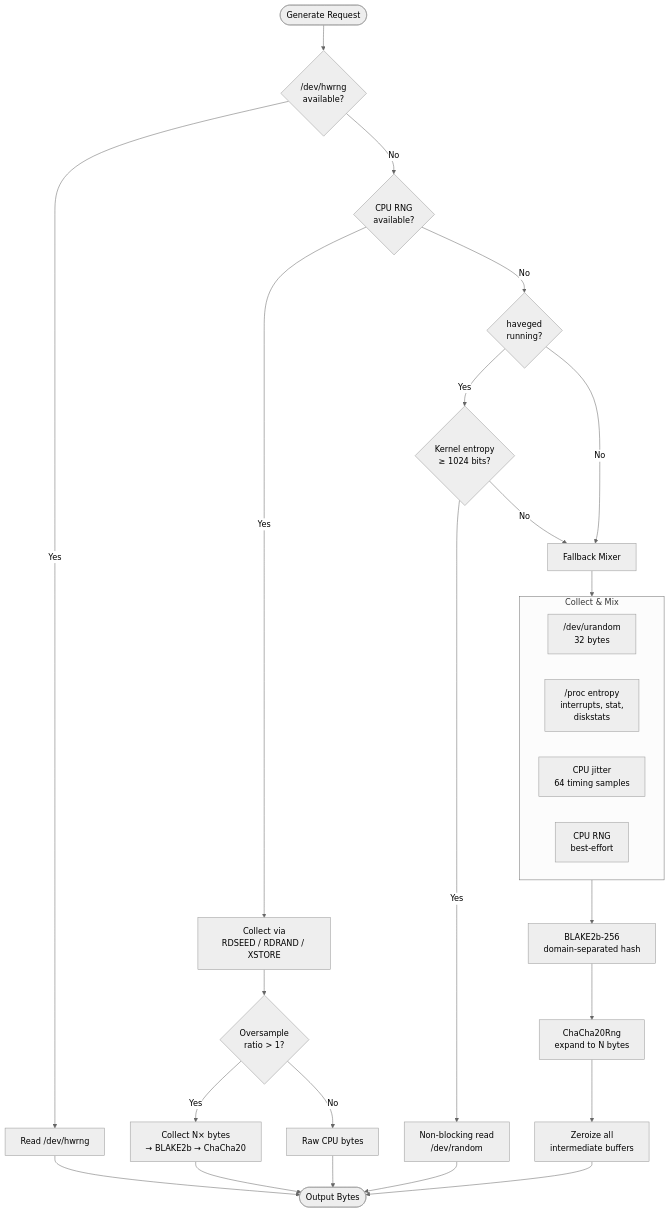
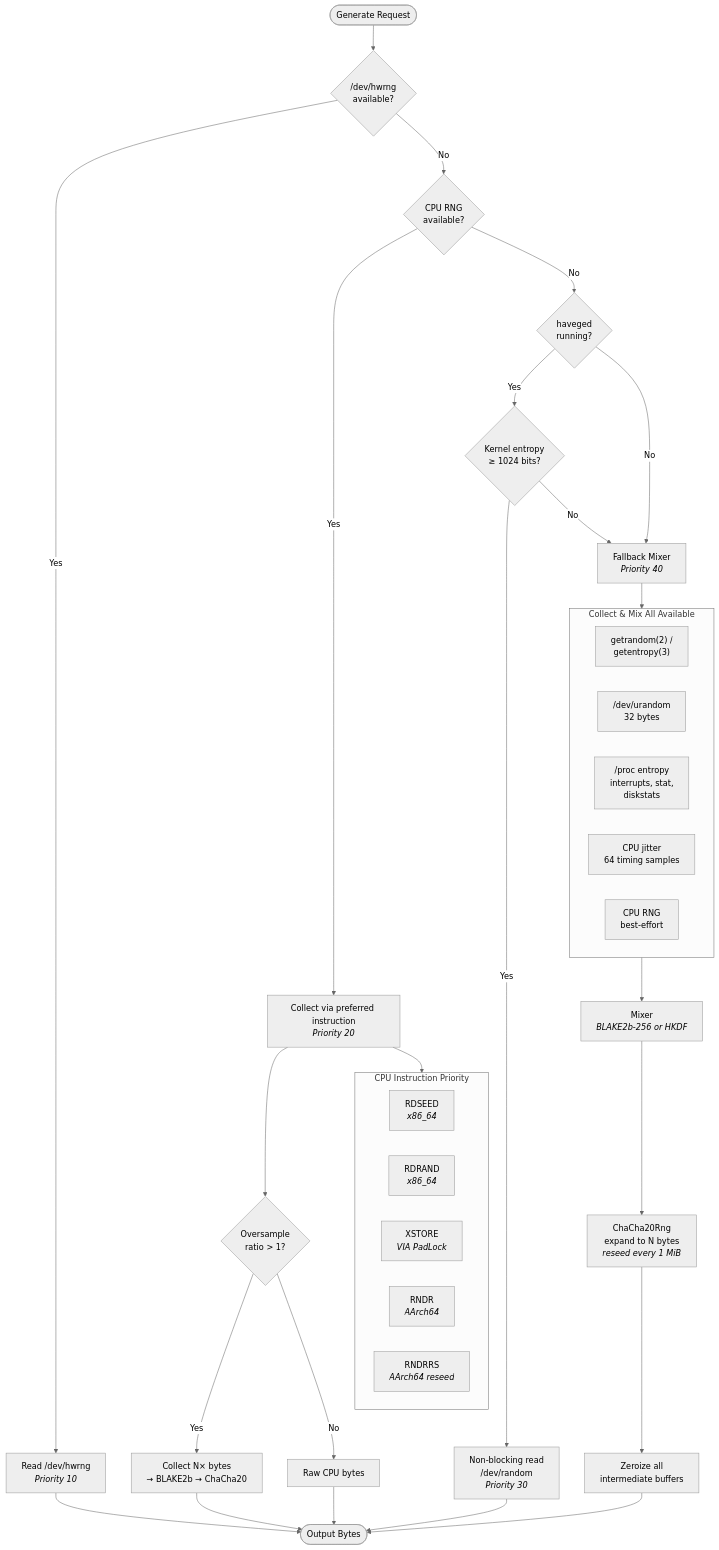
The second of 7 diagrams in README.md (sonoransun/entropy-svc), drawn with Mermaid (neutral theme) before and after one commit. The commit also changed other lines of this file and 19 other files, not shown here.

````diff
--- a/README.md
+++ b/README.md
@@ -45,37 +57,49 @@
 ```mermaid
 flowchart TD
     Start([Generate Request]) --> HW{"/dev/hwrng<br/>available?"}
 
-    HW -- Yes --> HWOut["Read /dev/hwrng"]
+    HW -- Yes --> HWOut["Read /dev/hwrng<br/><i>Priority 10</i>"]
     HW -- No --> CPU{"CPU RNG<br/>available?"}
 
-    CPU -- Yes --> CPUCollect["Collect via<br/>RDSEED / RDRAND / XSTORE"]
+    CPU -- Yes --> CPUCollect["Collect via preferred instruction<br/><i>Priority 20</i>"]
+
+    subgraph CPUInstructions["CPU Instruction Priority"]
+        direction LR
+        RS["RDSEED<br/><i>x86_64</i>"]
+        RR["RDRAND<br/><i>x86_64</i>"]
+        XS["XSTORE<br/><i>VIA PadLock</i>"]
+        RN["RNDR<br/><i>AArch64</i>"]
+        RNR["RNDRRS<br/><i>AArch64 reseed</i>"]
+    end
+
+    CPUCollect --> CPUInstructions
     CPUCollect --> Oversample{"Oversample<br/>ratio > 1?"}
     Oversample -- Yes --> CPUMix["Collect N× bytes<br/>→ BLAKE2b → ChaCha20"]
     Oversample -- No --> CPURaw["Raw CPU bytes"]
     CPU -- No --> HAV{"haveged<br/>running?"}
 
     HAV -- Yes --> HAVCheck{"Kernel entropy<br/>≥ 1024 bits?"}
-    HAVCheck -- Yes --> HAVRead["Non-blocking read<br/>/dev/random"]
+    HAVCheck -- Yes --> HAVRead["Non-blocking read<br/>/dev/random<br/><i>Priority 30</i>"]
     HAVCheck -- No --> FB
     HAV -- No --> FB
 
-    FB["Fallback Mixer"] --> FBSources
-    subgraph FBSources["Collect & Mix"]
+    FB["Fallback Mixer<br/><i>Priority 40</i>"] --> FBSources
+    subgraph FBSources["Collect & Mix All Available"]
         direction LR
+        GR["getrandom(2) /<br/>getentropy(3)"]
         U["/dev/urandom<br/>32 bytes"]
         P["/proc entropy<br/>interrupts, stat,<br/>diskstats"]
         J["CPU jitter<br/>64 timing samples"]
         CR["CPU RNG<br/>best-effort"]
     end
 
-    FBSources --> Mix["BLAKE2b-256<br/>domain-separated hash"]
-    Mix --> CSPRNG["ChaCha20Rng<br/>expand to N bytes"]
+    FBSources --> Mix["Mixer<br/><i>BLAKE2b-256 or HKDF</i>"]
+    Mix --> CSPRNG["ChaCha20Rng<br/>expand to N bytes<br/><i>reseed every 1 MiB</i>"]
     CSPRNG --> Zero["Zeroize all<br/>intermediate buffers"]
 
     HWOut --> Output
     CPUMix --> Output
     CPURaw --> Output
     HAVRead --> Output
     Zero --> Output([Output Bytes])
 ```
````
